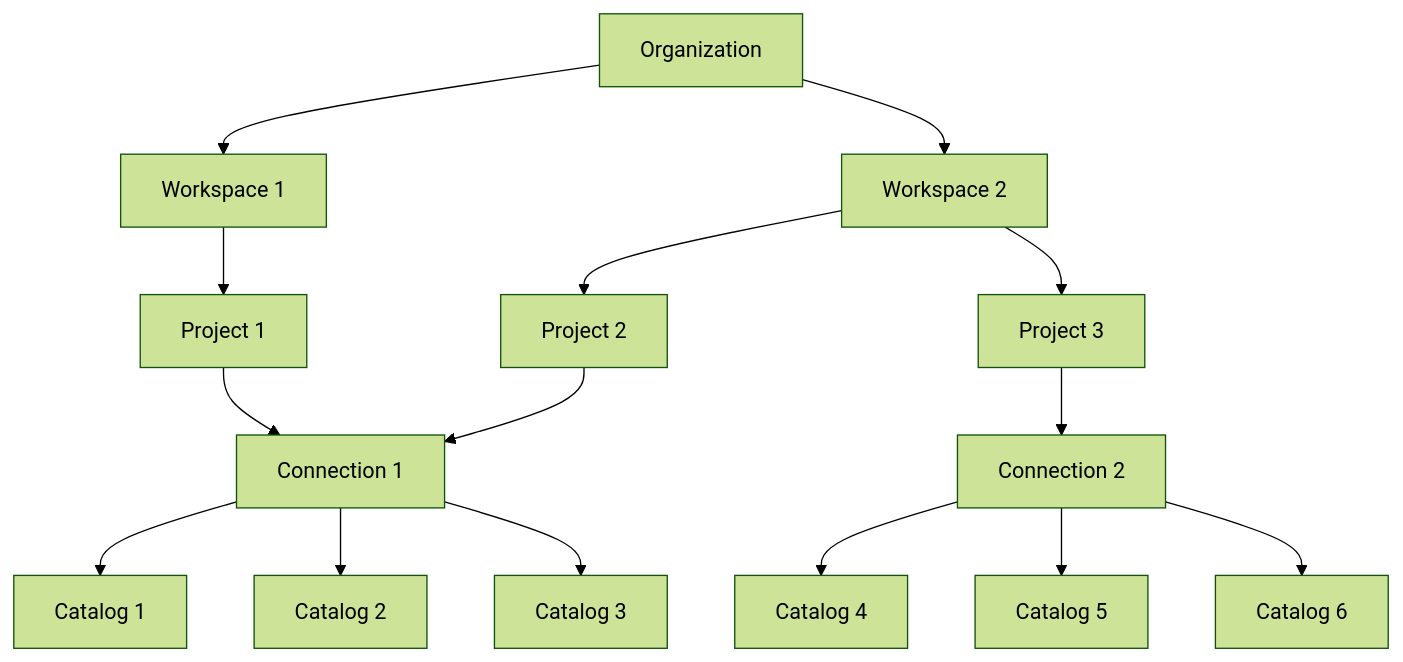
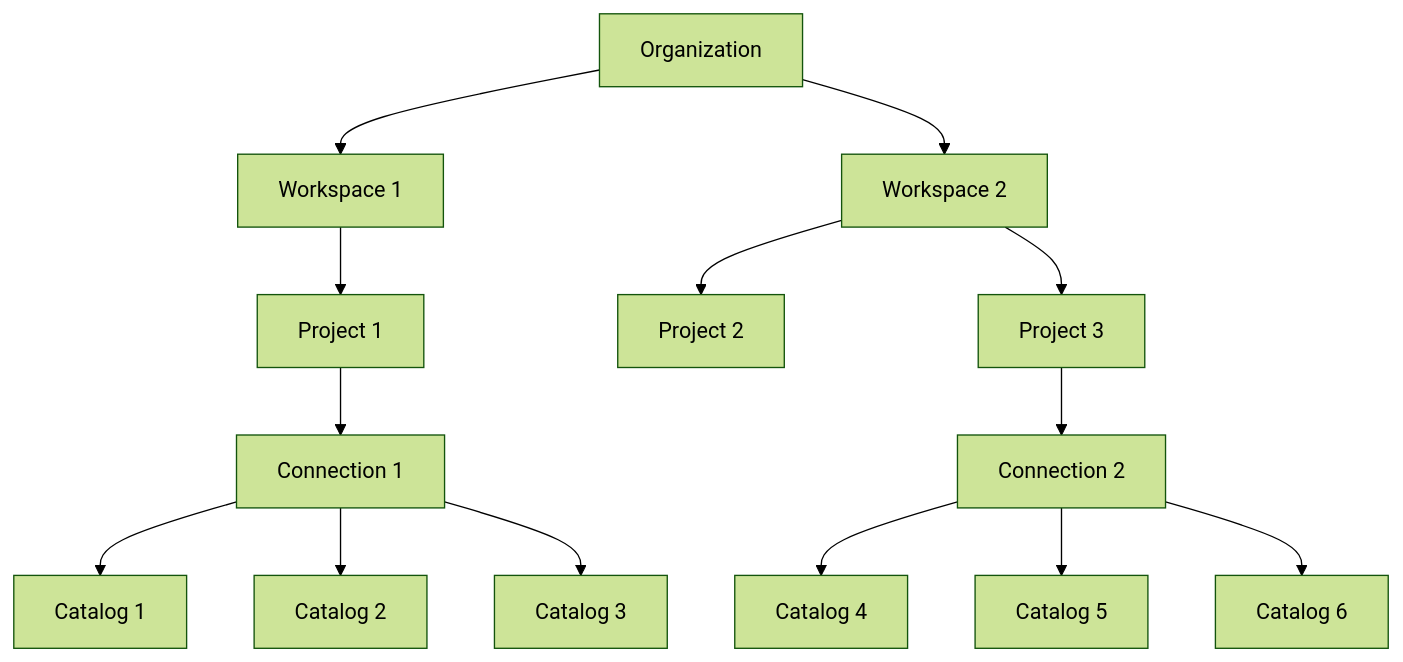
One commit to peakacom/docs changed the diagram in api-reference/structure.mdx. Above: the diagram before and after it, drawn with Mermaid (forest theme).

Commit message:
Add some examples for OpenApi.

````diff
--- a/api-reference/structure.mdx
+++ b/api-reference/structure.mdx
@@ -47,32 +47,31 @@
 ```mermaid
 graph TD
   A[Organization]
   B1[Workspace 1]
   B2[Workspace 2]
   C1[Project 1]
   C2[Project 2]
   C3[Project 3]
   D1[Connection 1]
   D2[Connection 2]
   E1[Catalog 1]
   E2[Catalog 2]
   E3[Catalog 3]
   E4[Catalog 4]
   E5[Catalog 5]
   E6[Catalog 6]
 
   A --> B1
   A --> B2
   B1 --> C1
   B2 --> C2
   B2 --> C3
   C1 --> D1
-  C2 --> D1
   C3 --> D2
   D1 --> E1
   D1 --> E2
   D1 --> E3
   D2 --> E4
   D2 --> E5
   D2 --> E6
 ```
````
